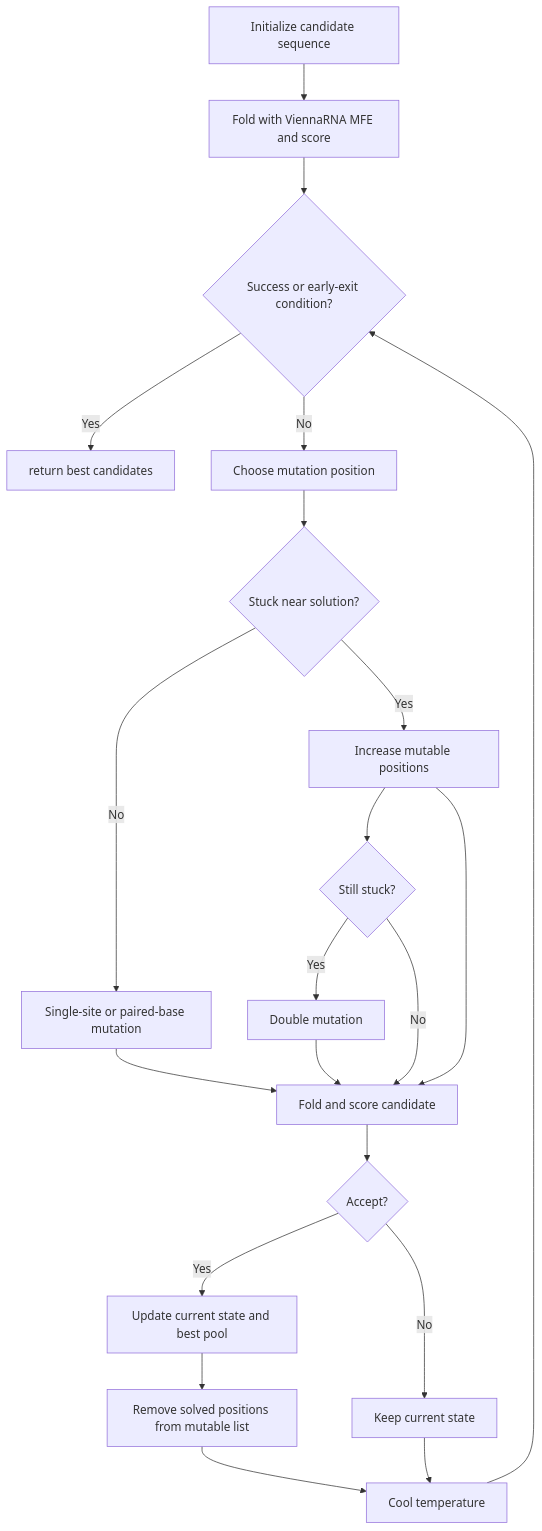
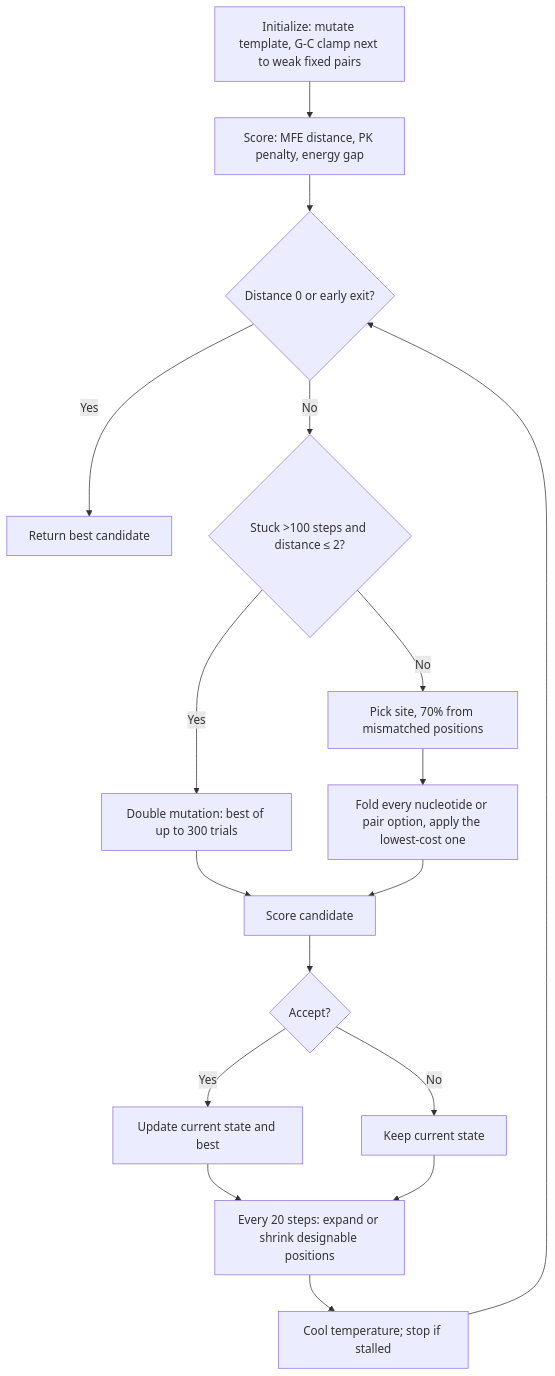
The second of 2 diagrams in README.md (HenrikMengkrogen/AROS_iGEM_BACKUP), drawn with Mermaid before and after one commit. The commit also changed other lines of this file, not shown here.

````diff
--- a/README.md
+++ b/README.md
@@ -231,24 +252,19 @@
-``` mermaid
-
+```mermaid
 flowchart TD
-    A[Initialize candidate sequence] --> B[Fold with ViennaRNA MFE and score]
-    B --> C{Success or early-exit condition?}
-    C -- Yes --> Z[return best candidates]
-    C -- No --> D[Choose mutation position] 
-    D --> E{Stuck near solution?}
-    E -- No --> F[Single-site or paired-base mutation]
-    E -- Yes --> G[Increase mutable positions]
-    G --> N{Still stuck?}
-    N --> |Yes| O[Double mutation]
-    O --> H
-    N --> |No| H
-    F --> H[Fold and score candidate]
+    A[Initialize: mutate template, G-C clamp next to weak fixed pairs] --> B[Score: MFE distance, PK penalty, energy gap]
+    B --> C{Distance 0 or early exit?}
+    C -- Yes --> Z[Return best candidate]
+    C -- No --> D{Stuck >100 steps and distance ≤ 2?}
+    D -- Yes --> E[Double mutation: best of up to 300 trials]
+    D -- No --> F[Pick site, 70% from mismatched positions]
+    F --> G[Fold every nucleotide or pair option, apply the lowest-cost one]
+    E --> H[Score candidate]
     G --> H
     H --> I{Accept?}
-    I -- Yes --> J[Update current state and best pool]
+    I -- Yes --> J[Update current state and best]
     I -- No --> K[Keep current state]
-    J --> M[Remove solved positions from mutable list]
-    M --> L[Cool temperature]
+    J --> L[Every 20 steps: expand or shrink designable positions]
     K --> L
-    L --> C
+    L --> M[Cool temperature; stop if stalled]
+    M --> C
 ```
````
